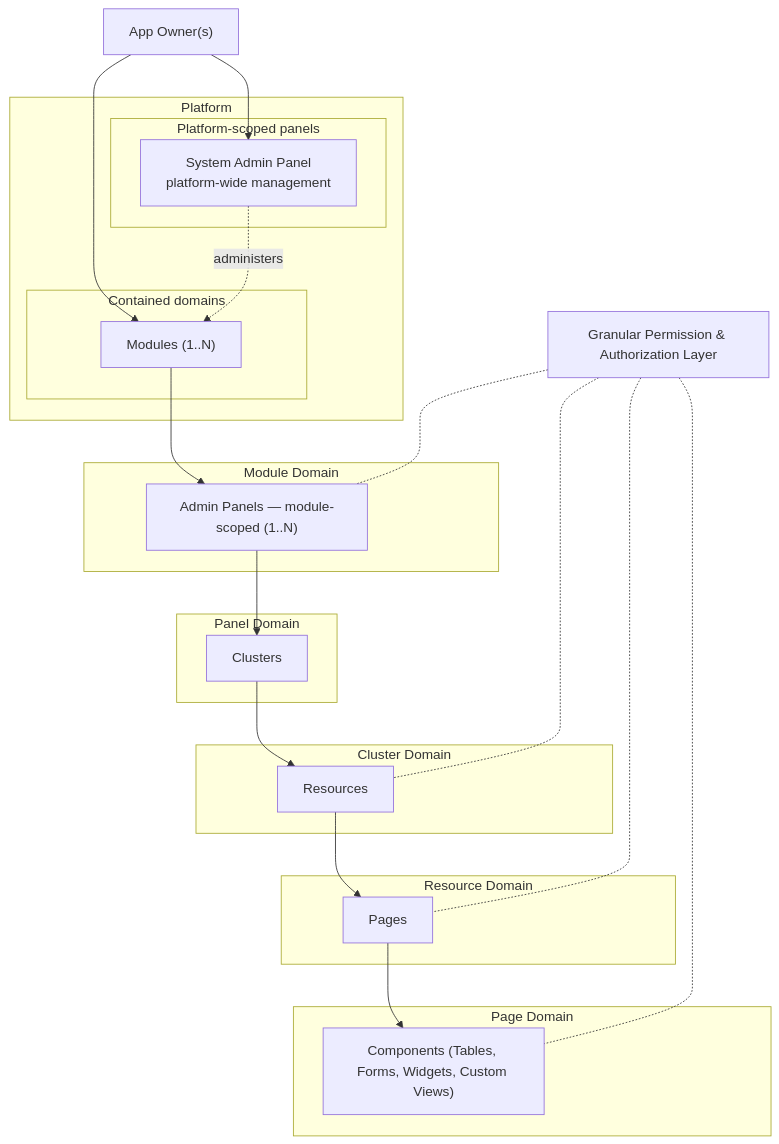
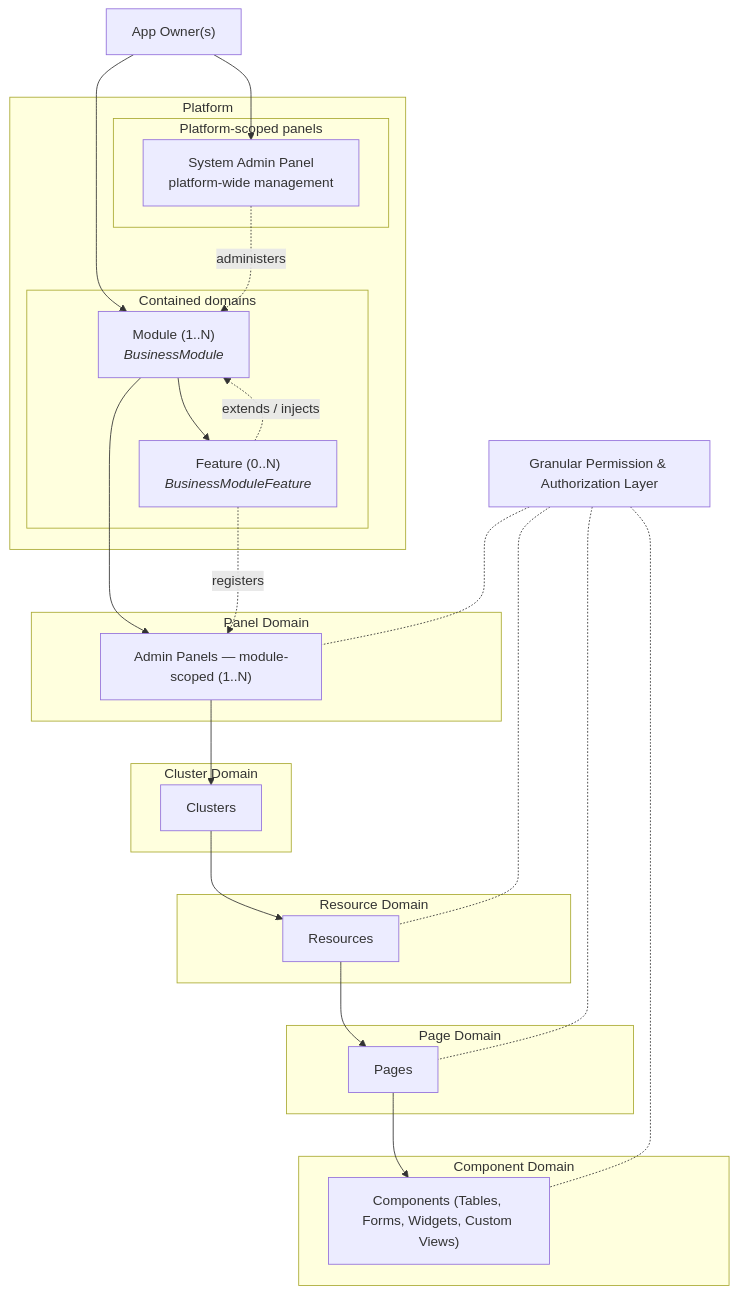
One commit to emyassine/framework changed the second of 2 diagrams in _workbench_one/README.md. Above: the diagram before and after it, drawn with Mermaid. The commit also changed other lines of this file and 205 other files, not shown here.

````diff
--- a/_workbench_one/README.md
+++ b/_workbench_one/README.md
@@ -137,39 +137,45 @@
 ```mermaid
 graph TD
     AO["App Owner(s)"]
     subgraph Platform ["Platform"]
         subgraph Special ["Platform-scoped panels"]
             SAP["System Admin Panel<br/>platform-wide management"]
         end
         subgraph Contained ["Contained domains"]
-            MOD["Modules (1..N)"]
+            MOD["Module (1..N)<br/><i>BusinessModule</i>"]
+            FEAT["Feature (0..N)<br/><i>BusinessModuleFeature</i>"]
         end
     end
-    subgraph Module ["Module Domain"]
+    subgraph Panel ["Panel Domain"]
         AP["Admin Panels — module-scoped (1..N)"]
     end
-    subgraph Panel ["Panel Domain"]
+    subgraph Cluster ["Cluster Domain"]
         CL["Clusters"]
     end
-    subgraph Cluster ["Cluster Domain"]
+    subgraph Resource ["Resource Domain"]
         RES["Resources"]
     end
-    subgraph Resource ["Resource Domain"]
+    subgraph Page ["Page Domain"]
         PG["Pages"]
     end
-    subgraph Page ["Page Domain"]
+    subgraph Component ["Component Domain"]
         CMP["Components (Tables, Forms, Widgets, Custom Views)"]
     end
+
     AO --> SAP
     AO --> MOD
     SAP -.->|administers| MOD
+    MOD --> FEAT
     MOD --> AP
+    FEAT -.->|extends / injects| MOD
+    FEAT -.->|registers| AP
     AP --> CL
     CL --> RES
     RES --> PG
     PG --> CMP
+
     AUTH["Granular Permission & Authorization Layer"] -.- AP
     AUTH -.- RES
     AUTH -.- PG
     AUTH -.- CMP
 ```
````
